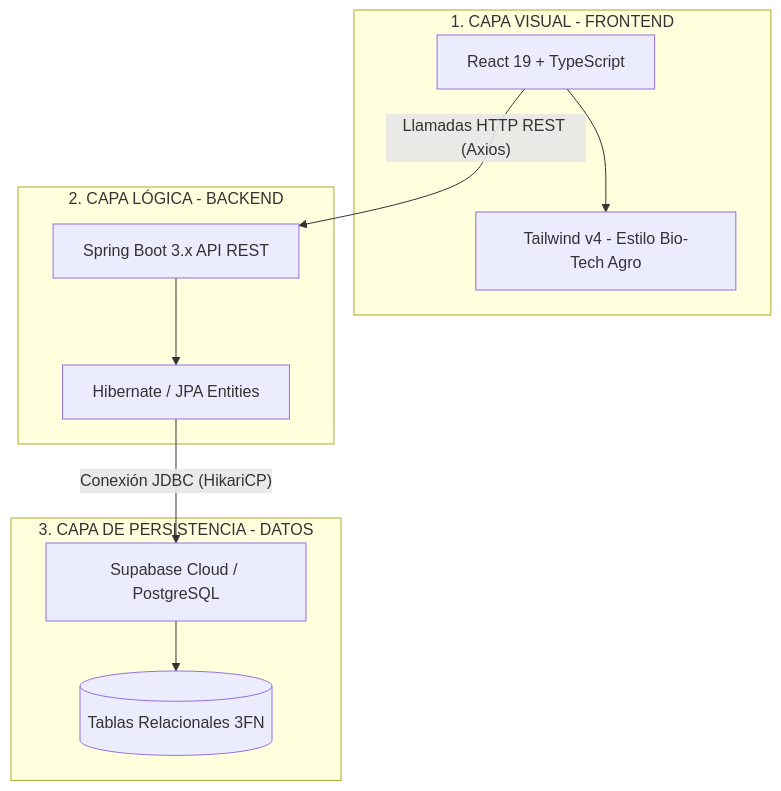
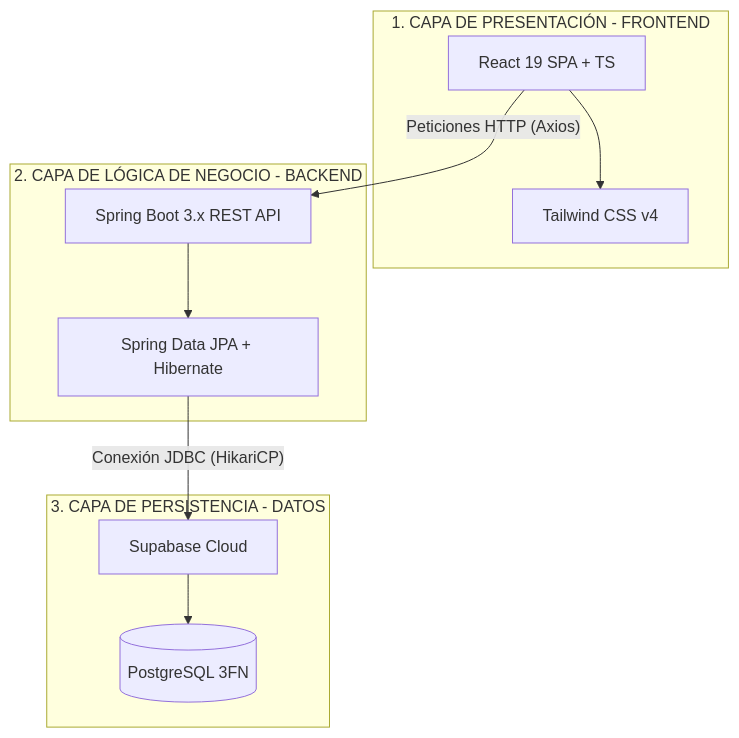
One commit to Bryared/Muyu360_BD changed the first of 3 diagrams in Proyecto_Tramite_Documentario/README.md. Above: the diagram before and after it, drawn with Mermaid. The commit also changed other lines of this file and 1 other file, not shown here.

Commit message:
feat: add project documentation for the MuyuAgro document management system

````diff
--- a/Proyecto_Tramite_Documentario/README.md
+++ b/Proyecto_Tramite_Documentario/README.md
@@ -14,23 +28,23 @@
 ```mermaid
 graph TD
-    subgraph Capa Visual [1. CAPA VISUAL - FRONTEND]
-        React[React 19 + TypeScript]
-        Tailwind[Tailwind v4 - Estilo Bio-Tech Agro]
+    subgraph CapaVisual [1. CAPA DE PRESENTACIÓN - FRONTEND]
+        React[React 19 SPA + TS]
+        Tailwind[Tailwind CSS v4]
         React --> Tailwind
     end
     
-    subgraph Capa Logica [2. CAPA LÓGICA - BACKEND]
-        SpringBoot[Spring Boot 3.x API REST]
-        JPA[Hibernate / JPA Entities]
+    subgraph CapaLogica [2. CAPA DE LÓGICA DE NEGOCIO - BACKEND]
+        SpringBoot[Spring Boot 3.x REST API]
+        JPA[Spring Data JPA + Hibernate]
         SpringBoot --> JPA
     end
     
-    subgraph Capa Datos [3. CAPA DE PERSISTENCIA - DATOS]
-        Supabase[Supabase Cloud / PostgreSQL]
-        Tables[(Tablas Relacionales 3FN)]
-        Supabase --> Tables
+    subgraph CapaDatos [3. CAPA DE PERSISTENCIA - DATOS]
+        Supabase[Supabase Cloud]
+        Postgres[(PostgreSQL 3FN)]
+        Supabase --> Postgres
     end
 
-    React -- "Llamadas HTTP REST (Axios)" --> SpringBoot
+    React -- "Peticiones HTTP (Axios)" --> SpringBoot
     JPA -- "Conexión JDBC (HikariCP)" --> Supabase
 ```
````
